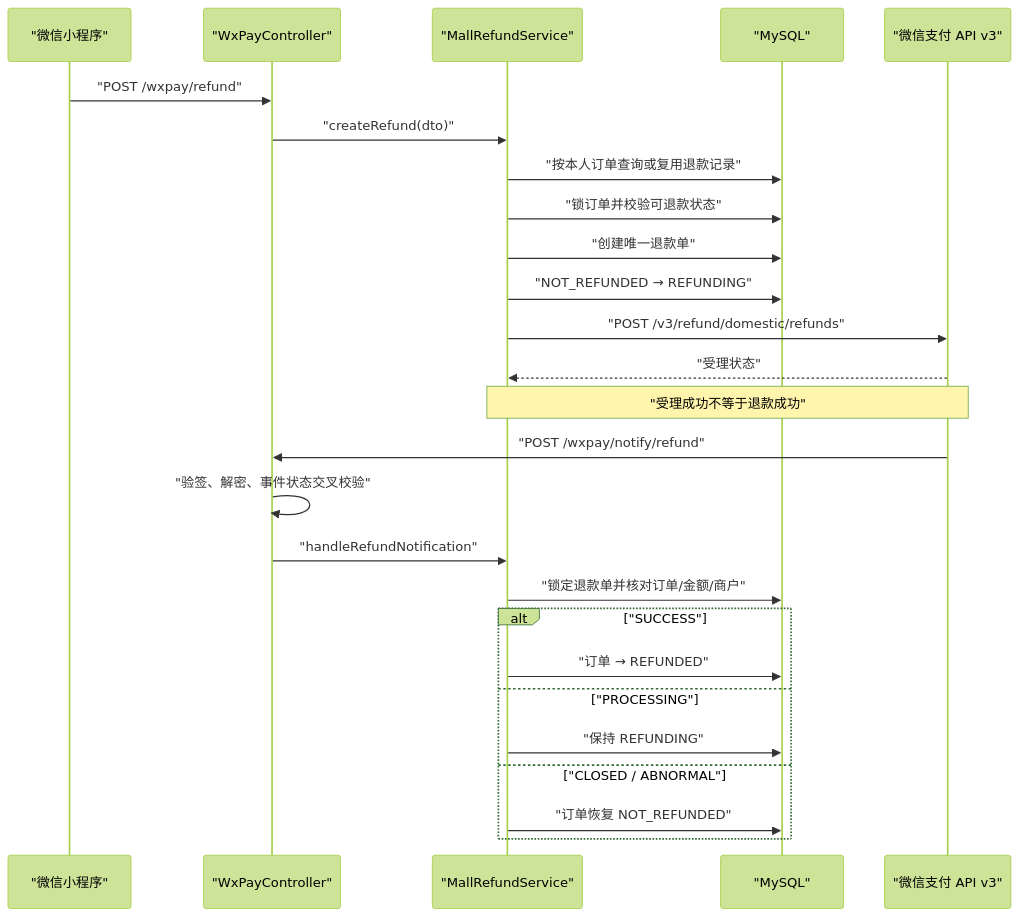
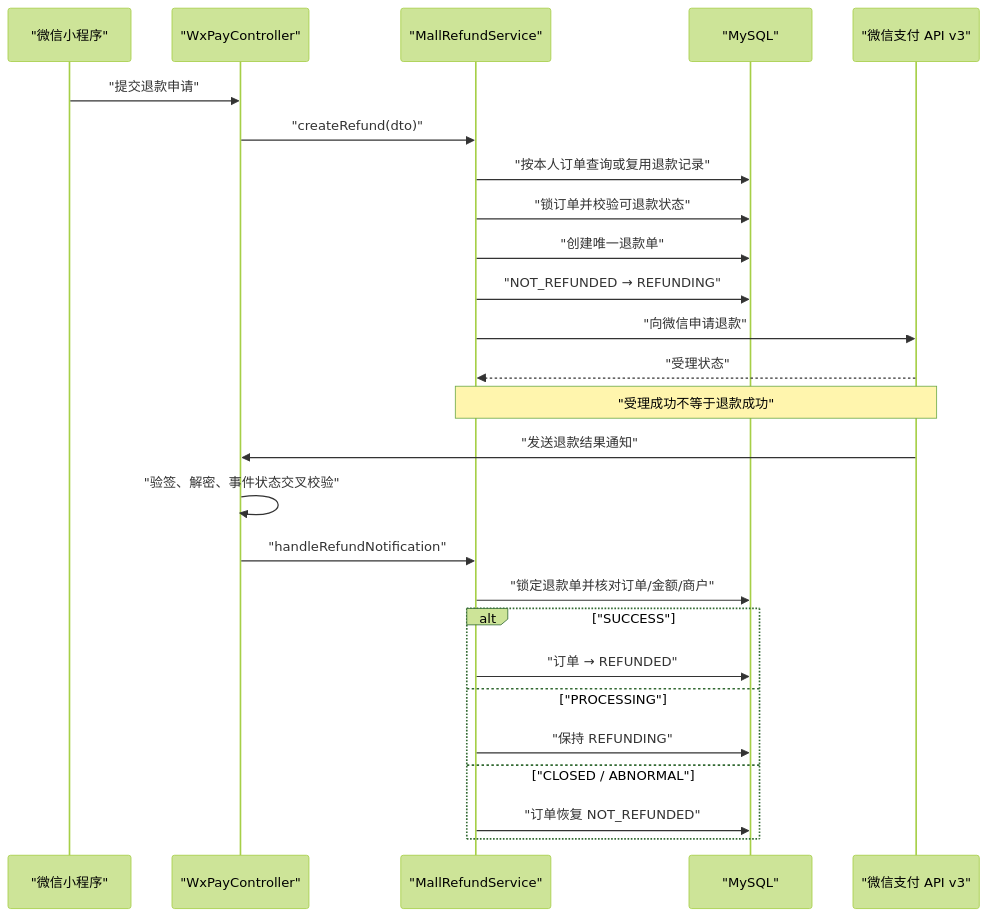
Before and after one commit to roydonGuo/BlogRoydonFun: the sixth of 7 diagrams in docs/posts/mall-system-order-payment-engineering.md, drawn with Mermaid (forest theme). The commit also changed other lines of this file, not shown here.

````diff
--- a/docs/posts/mall-system-order-payment-engineering.md
+++ b/docs/posts/mall-system-order-payment-engineering.md
@@ -405,29 +381,29 @@
 ```mermaid
 sequenceDiagram
     participant MP as "微信小程序"
     participant C as "WxPayController"
     participant R as "MallRefundService"
     participant DB as "MySQL"
     participant WX as "微信支付 API v3"
 
-    MP->>C: "POST /wxpay/refund"
+    MP->>C: "提交退款申请"
     C->>R: "createRefund(dto)"
     R->>DB: "按本人订单查询或复用退款记录"
     R->>DB: "锁订单并校验可退款状态"
     R->>DB: "创建唯一退款单"
     R->>DB: "NOT_REFUNDED → REFUNDING"
-    R->>WX: "POST /v3/refund/domestic/refunds"
+    R->>WX: "向微信申请退款"
     WX-->>R: "受理状态"
     Note over R,WX: "受理成功不等于退款成功"
-    WX->>C: "POST /wxpay/notify/refund"
+    WX->>C: "发送退款结果通知"
     C->>C: "验签、解密、事件状态交叉校验"
     C->>R: "handleRefundNotification"
     R->>DB: "锁定退款单并核对订单/金额/商户"
     alt "SUCCESS"
         R->>DB: "订单 → REFUNDED"
     else "PROCESSING"
         R->>DB: "保持 REFUNDING"
     else "CLOSED / ABNORMAL"
         R->>DB: "订单恢复 NOT_REFUNDED"
     end
 ```
````
